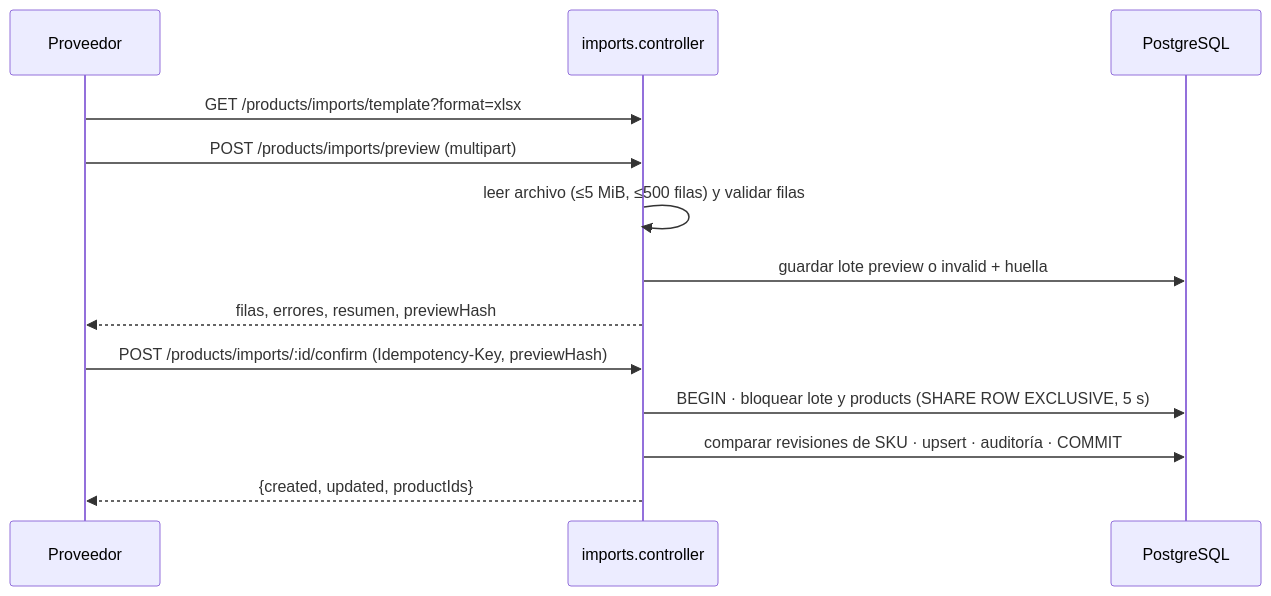
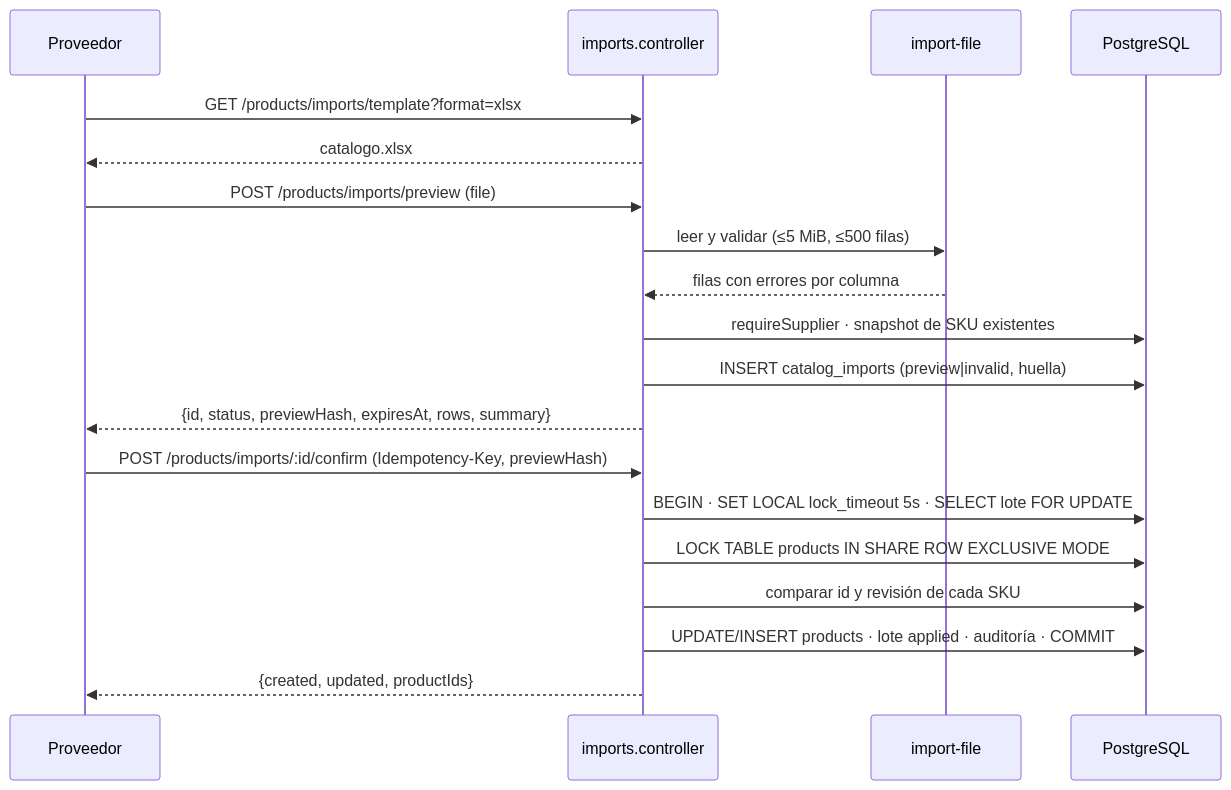
The diagram in docs/sprint-2/sdd/03-carga-masiva/design.md (Yeltsin-MC/MayoristaPro-B2B-ArquitSoft), drawn with Mermaid before and after one commit. The commit also changed other lines of this file and 2 other files, not shown here.

````diff
--- a/docs/sprint-2/sdd/03-carga-masiva/design.md
+++ b/docs/sprint-2/sdd/03-carga-masiva/design.md
@@ -9,15 +55,21 @@
 ```mermaid
 sequenceDiagram
   participant P as Proveedor
   participant API as imports.controller
+  participant F as import-file
   participant DB as PostgreSQL
   P->>API: GET /products/imports/template?format=xlsx
-  P->>API: POST /products/imports/preview (multipart)
-  API->>API: leer archivo (≤5 MiB, ≤500 filas) y validar filas
-  API->>DB: guardar lote preview o invalid + huella
-  API-->>P: filas, errores, resumen, previewHash
+  API-->>P: catalogo.xlsx
+  P->>API: POST /products/imports/preview (file)
+  API->>F: leer y validar (≤5 MiB, ≤500 filas)
+  F-->>API: filas con errores por columna
+  API->>DB: requireSupplier · snapshot de SKU existentes
+  API->>DB: INSERT catalog_imports (preview|invalid, huella)
+  API-->>P: {id, status, previewHash, expiresAt, rows, summary}
   P->>API: POST /products/imports/:id/confirm (Idempotency-Key, previewHash)
-  API->>DB: BEGIN · bloquear lote y products (SHARE ROW EXCLUSIVE, 5 s)
-  API->>DB: comparar revisiones de SKU · upsert · auditoría · COMMIT
+  API->>DB: BEGIN · SET LOCAL lock_timeout 5s · SELECT lote FOR UPDATE
+  API->>DB: LOCK TABLE products IN SHARE ROW EXCLUSIVE MODE
+  API->>DB: comparar id y revisión de cada SKU
+  API->>DB: UPDATE/INSERT products · lote applied · auditoría · COMMIT
   API-->>P: {created, updated, productIds}
 ```
````
